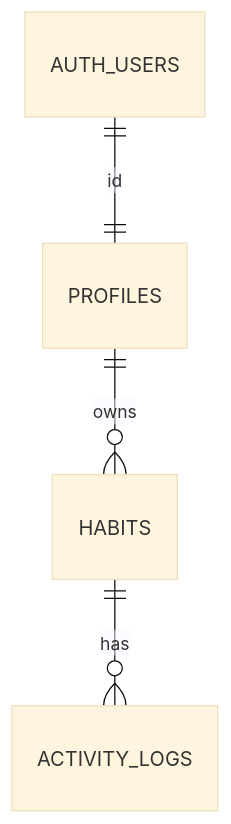
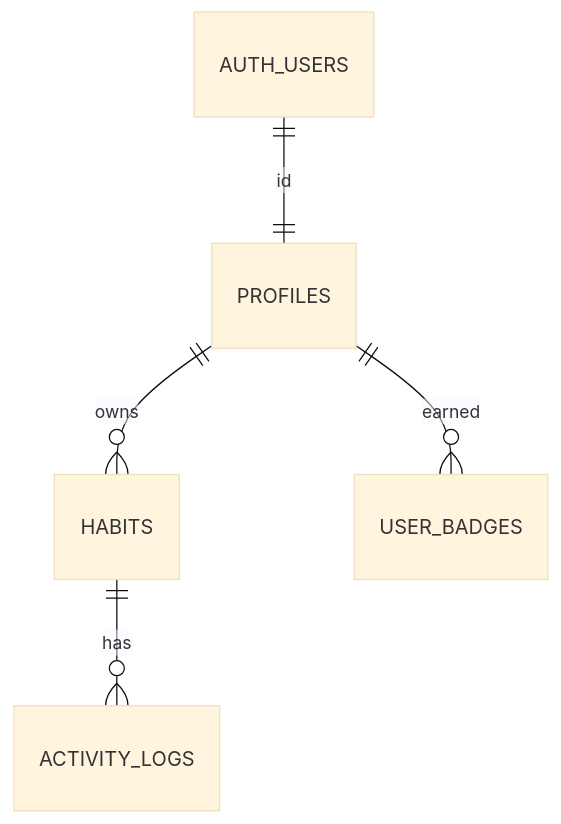
The first of 2 diagrams in docs/database/design.md (VeneratedApotheosis/CS35L-Project-1), drawn with Mermaid (base theme) before and after one commit. The commit also changed other lines of this file and 54 other files, not shown here.

````diff
--- a/docs/database/design.md
+++ b/docs/database/design.md
@@ -27,6 +27,7 @@
 ```mermaid
 erDiagram
     AUTH_USERS ||--|| PROFILES : "id"
     PROFILES ||--o{ HABITS : "owns"
     HABITS ||--o{ ACTIVITY_LOGS : "has"
+    PROFILES ||--o{ USER_BADGES : "earned"
 ```
````
